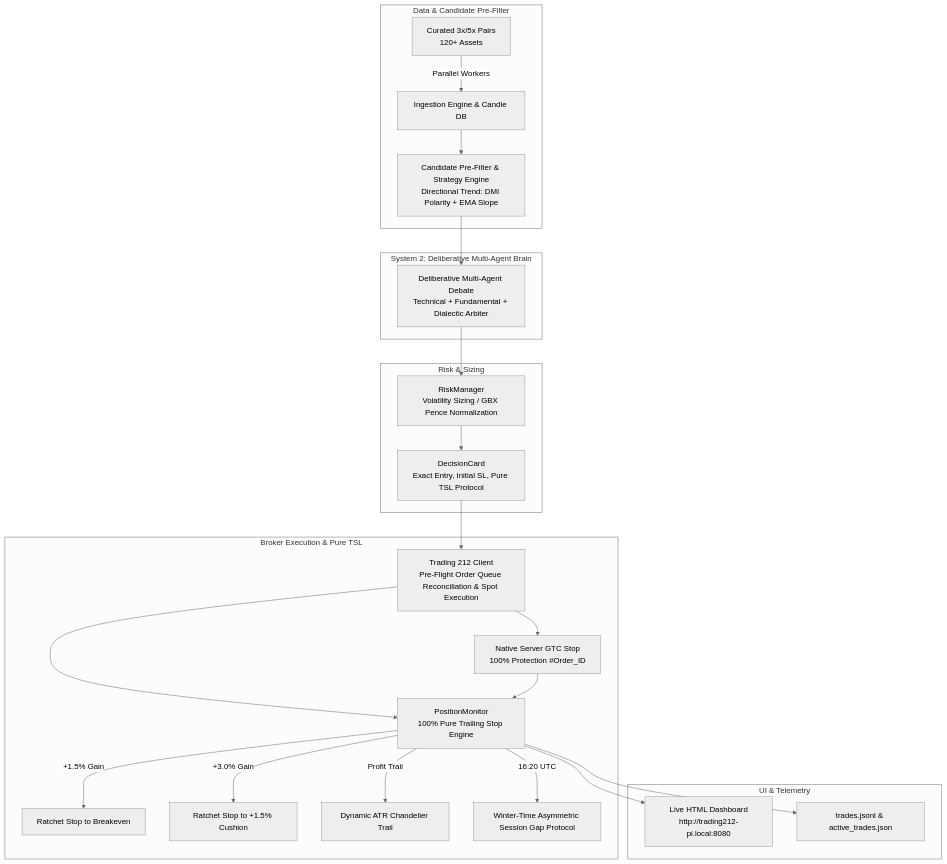
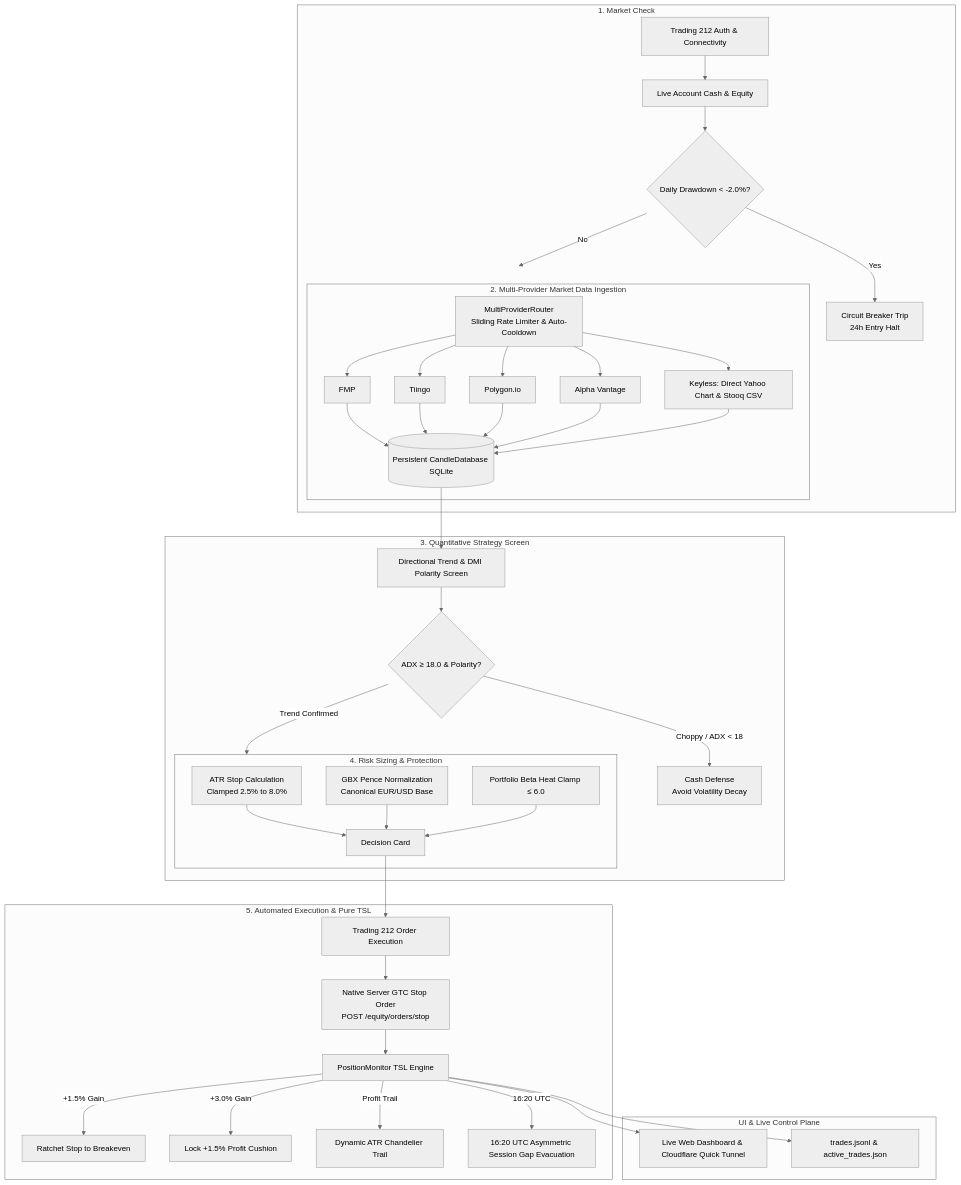
One commit to shahpratik1/leverage_t212 changed the diagram in README.md. Above: the diagram before and after it, drawn with Mermaid (neutral theme). The commit also changed other lines of this file and 3 other files, not shown here.

Commit message:
docs: comprehensive quantitative edge guide, enhanced README architecture, and multi-provider backtesting

````diff
--- a/README.md
+++ b/README.md
@@ -47,32 +18,48 @@
 ```mermaid
 flowchart TD
-    subgraph Data & Candidate Pre-Filter
-        U[Curated 3x/5x Pairs\n120+ Assets] -->|Parallel Workers| S[Ingestion Engine & Candle DB]
-        S --> L1[Candidate Pre-Filter & Strategy Engine\nDirectional Trend: DMI Polarity + EMA Slope]
+    subgraph S1["1. Market Check"]
+        B1[Trading 212 Auth & Connectivity] --> B2[Live Account Cash & Equity]
+        B2 --> B3{Daily Drawdown < -2.0%?}
+        B3 -->|Yes| HALT[Circuit Breaker Trip\n24h Entry Halt]
+        B3 -->|No| S2["2. Ingest Candles"]
     end
 
-    subgraph System 2: Deliberative Multi-Agent Brain
-        L1 --> DEEP[Deliberative Multi-Agent Debate\nTechnical + Fundamental + Dialectic Arbiter]
+    subgraph S2["2. Multi-Provider Market Data Ingestion"]
+        MP[MultiProviderRouter\nSliding Rate Limiter & Auto-Cooldown]
+        MP --> P1[FMP]
+        MP --> P2[Tiingo]
+        MP --> P3[Polygon.io]
+        MP --> P4[Alpha Vantage]
+        MP --> P5[Keyless: Direct Yahoo Chart & Stooq CSV]
+        P1 & P2 & P3 & P4 & P5 --> CDB[(Persistent CandleDatabase SQLite)]
     end
 
-    subgraph Risk & Sizing
-        DEEP --> RISK[RiskManager\nVolatility Sizing / GBX Pence Normalization]
-        RISK --> CARD[DecisionCard\nExact Entry, Initial SL, Pure TSL Protocol]
+    subgraph S3["3. Quantitative Strategy Screen"]
+        CDB --> STRAT[Directional Trend & DMI Polarity Screen]
+        STRAT --> DMI{ADX ≥ 18.0 & Polarity?}
+        DMI -->|Choppy / ADX < 18| CASH[Cash Defense\nAvoid Volatility Decay]
+        DMI -->|Trend Confirmed| S4["4. Risk Sizing & Protection"]
     end
 
-    subgraph Broker Execution & Pure TSL
-        CARD --> T212[Trading 212 Client\nPre-Flight Order Queue Reconciliation & Spot Execution]
-        T212 --> STOP[Native Server GTC Stop\n100% Protection #Order_ID]
-        T212 --> MON[PositionMonitor\n100% Pure Trailing Stop Engine]
-        STOP --> MON
-        MON -->|+1.5% Gain| BE[Ratchet Stop to Breakeven]
-        MON -->|+3.0% Gain| CUSH[Ratchet Stop to +1.5% Cushion]
-        MON -->|Profit Trail| ATR[Dynamic ATR Chandelier Trail]
-        MON -->|16:20 UTC| ASYM[Winter-Time Asymmetric Session Gap Protocol]
+    subgraph S4["4. Risk Sizing & Protection"]
+        S4A[ATR Stop Calculation\nClamped 2.5% to 8.0%]
+        S4B[GBX Pence Normalization\nCanonical EUR/USD Base]
+        S4C[Portfolio Beta Heat Clamp ≤ 6.0]
+        S4A & S4B & S4C --> CARD[Decision Card]
     end
 
-    subgraph UI & Telemetry
-        MON --> DASH[Live HTML Dashboard\nhttp://trading212-pi.local:8080]
+    subgraph S5["5. Automated Execution & Pure TSL"]
+        CARD --> ROUTE[Trading 212 Order Execution]
+        ROUTE --> GSTOP[Native Server GTC Stop Order\nPOST /equity/orders/stop]
+        GSTOP --> MON[PositionMonitor TSL Engine]
+        MON -->|+1.5% Gain| BE[Ratchet Stop to Breakeven]
+        MON -->|+3.0% Gain| CUSH[Lock +1.5% Profit Cushion]
+        MON -->|Profit Trail| ATR[Dynamic ATR Chandelier Trail]
+        MON -->|16:20 UTC| ASYM[16:20 UTC Asymmetric Session Gap Evacuation]
+    end
+
+    subgraph TELEMETRY["UI & Live Control Plane"]
+        MON --> DASH[Live Web Dashboard & Cloudflare Quick Tunnel]
         MON --> LOGS[trades.jsonl & active_trades.json]
     end
 ```
````
